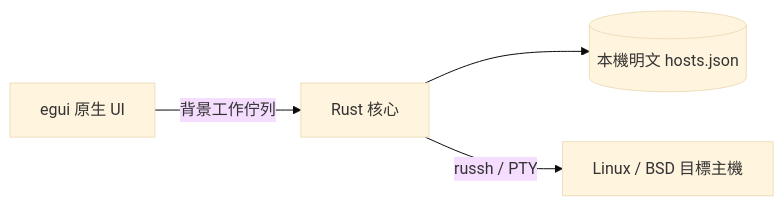
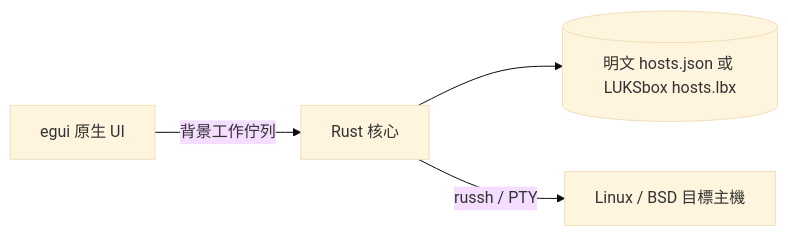
One commit to Sparxilium-Network/MISF-Management-Terminal changed the diagram in docs/architecture.md. Above: the diagram before and after it, drawn with Mermaid (base theme). The commit also changed other lines of this file and 16 other files, not shown here.

````diff
--- a/docs/architecture.md
+++ b/docs/architecture.md
@@ -9,6 +9,6 @@
 ```mermaid
 flowchart LR
     UI[egui 原生 UI] -->|背景工作佇列| Core[Rust 核心]
-    Core --> Store[(本機明文 hosts.json)]
+    Core --> Store[(明文 hosts.json 或 LUKSbox hosts.lbx)]
     Core -->|russh / PTY| Host[Linux / BSD 目標主機]
 ```
````
